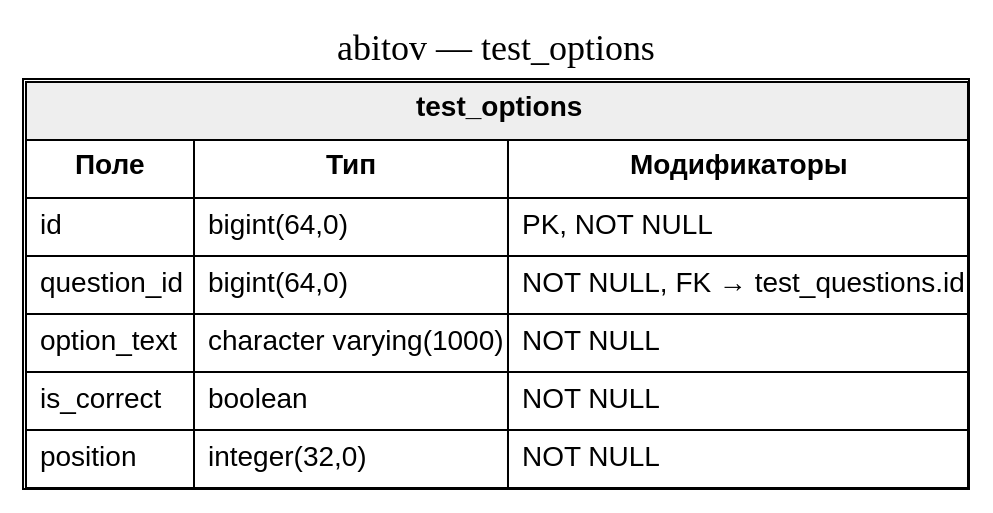
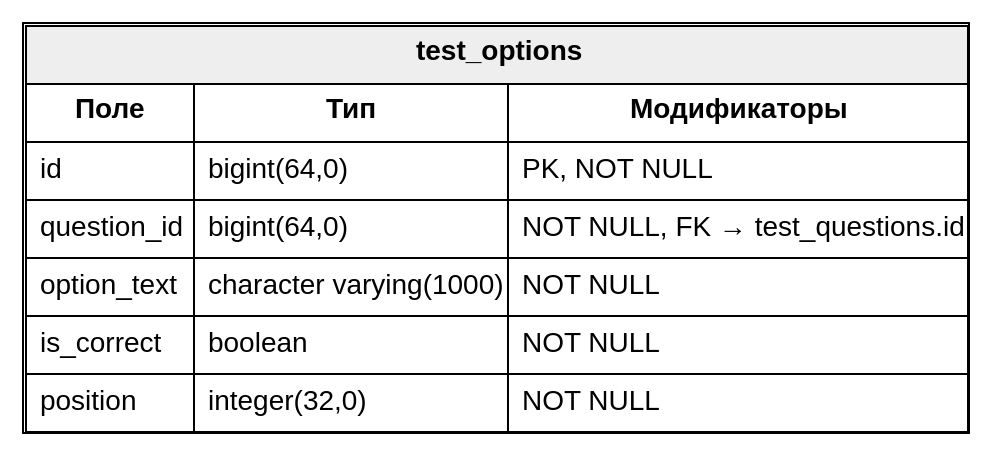
Before and after one commit to diplomas-2026/abitov: the diagram in database-screenshots/dot/tables/test_options.dot, drawn with Graphviz. The commit also changed 23 other files, not shown here.

Commit message:
Add database schema screenshots

```diff
--- a/database-screenshots/dot/tables/test_options.dot
+++ b/database-screenshots/dot/tables/test_options.dot
@@ -1,7 +1,5 @@
 digraph single_table {
   graph [rankdir=TB, fontsize=18];
   node [shape=plain, fontname="Arial"];
-  label="abitov — test_options";
-  labelloc=t;
   "test_options" [label=<<TABLE BORDER="1" CELLBORDER="1" CELLSPACING="0" CELLPADDING="6"><TR><TD BGCOLOR="#eeeeee" COLSPAN="3"><B>test_options</B></TD></TR><TR><TD><B>Поле</B></TD><TD><B>Тип</B></TD><TD><B>Модификаторы</B></TD></TR><TR><TD ALIGN="LEFT">id</TD><TD ALIGN="LEFT">bigint(64,0)</TD><TD ALIGN="LEFT">PK, NOT NULL</TD></TR><TR><TD ALIGN="LEFT">question_id</TD><TD ALIGN="LEFT">bigint(64,0)</TD><TD ALIGN="LEFT">NOT NULL, FK → test_questions.id</TD></TR><TR><TD ALIGN="LEFT">option_text</TD><TD ALIGN="LEFT">character varying(1000)</TD><TD ALIGN="LEFT">NOT NULL</TD></TR><TR><TD ALIGN="LEFT">is_correct</TD><TD ALIGN="LEFT">boolean</TD><TD ALIGN="LEFT">NOT NULL</TD></TR><TR><TD ALIGN="LEFT">position</TD><TD ALIGN="LEFT">integer(32,0)</TD><TD ALIGN="LEFT">NOT NULL</TD></TR></TABLE>>];
 }
```
